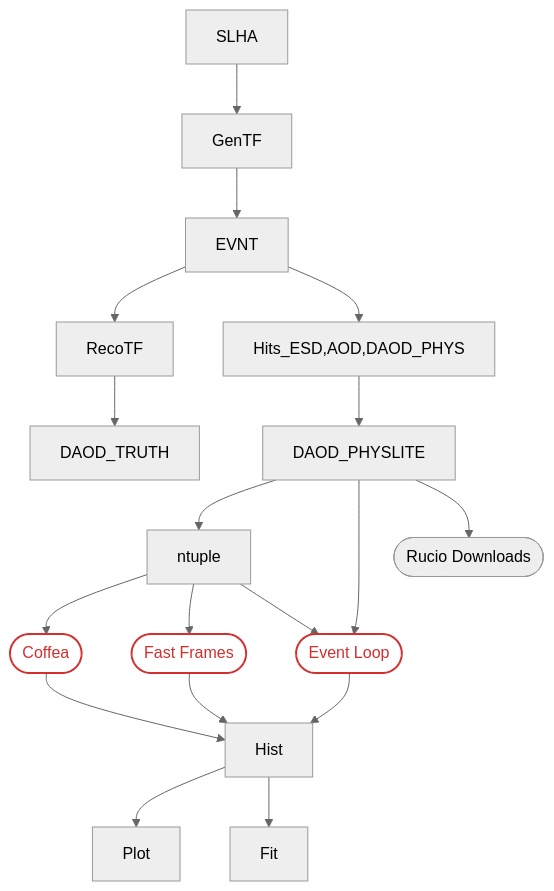
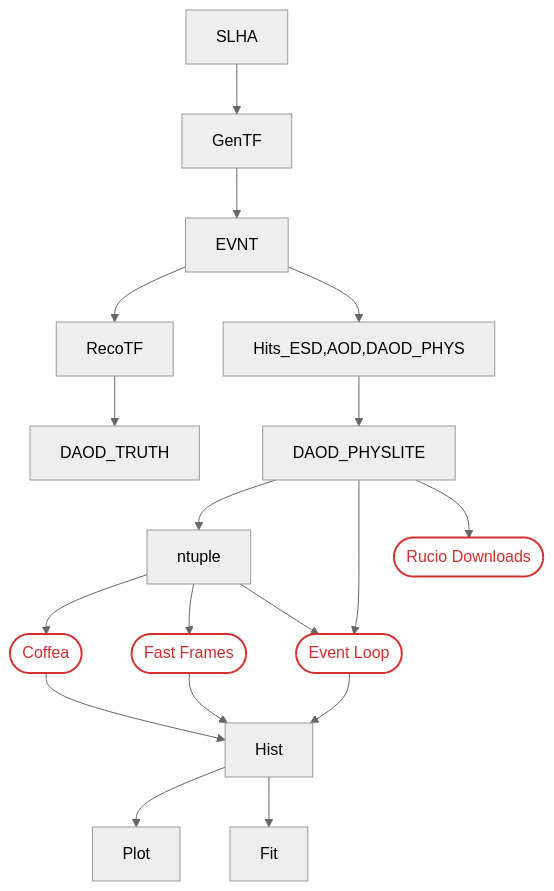
The diagram in docs/flowChart.md (usatlas/AF-Benchmarking), drawn with Mermaid (neutral theme) before and after one commit.

````diff
--- a/docs/flowChart.md
+++ b/docs/flowChart.md
@@ -1,38 +1,38 @@
 ```mermaid
 flowchart TD
     SLHA --> GenTF
     GenTF --> EVNT
     EVNT --> RecoTF
     RecoTF --> DAOD_TRUTH
     Event_Loop --> Hist
 
     EVNT--> Hits_ESD,AOD,DAOD_PHYS
     Hits_ESD,AOD,DAOD_PHYS --> DAOD_PHYSLITE
 
     ntuple --> Coffea
     Coffea --> Hist
 
     ntuple --> Fast_Frames
     Fast_Frames --> Hist
 
     ntuple --> Event_Loop
     DAOD_PHYSLITE --> ntuple
     DAOD_PHYSLITE --> Event_Loop
     DAOD_PHYSLITE --> Rucio_Downloads
 
     Hist --> Plot
     Hist --> Fit
 
     click Event_Loop "https://github.com/usatlas/AF-Benchmarking/tree/main/event_loop" "Event Loop documentation"
     click Coffea "https://github.com/usatlas/AF-Benchmarking/tree/main/NTuple_Hist/coffea" "Coffea documentation"
     click Fast_Frames "https://github.com/usatlas/AF-Benchmarking/tree/main/NTuple_Hist/fastframes" "Fast Frames documentation"
     click Rucio_Downloads "https://github.com/usatlas/AF-Benchmarking/blob/main/Rucio/rucio_script.sh" "'Rucio Downloads' Script"
 
     Event_Loop(["Event Loop"])
     Coffea(["Coffea"])
     Fast_Frames(["Fast Frames"])
     Rucio_Downloads(["Rucio Downloads"])
     
     classDef method fill:transparent,stroke:#d32f2f,stroke-width:2px,color:#d32f2f;
-    class Event_Loop,Coffea,Fast_Frames,Rucio_Dowloads method;
+    class Event_Loop,Coffea,Fast_Frames,Rucio_Downloads method;
 ```
````
